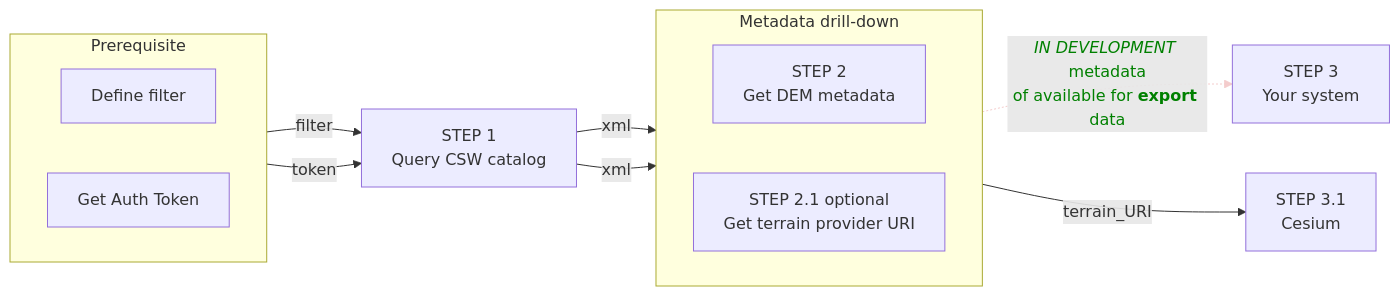
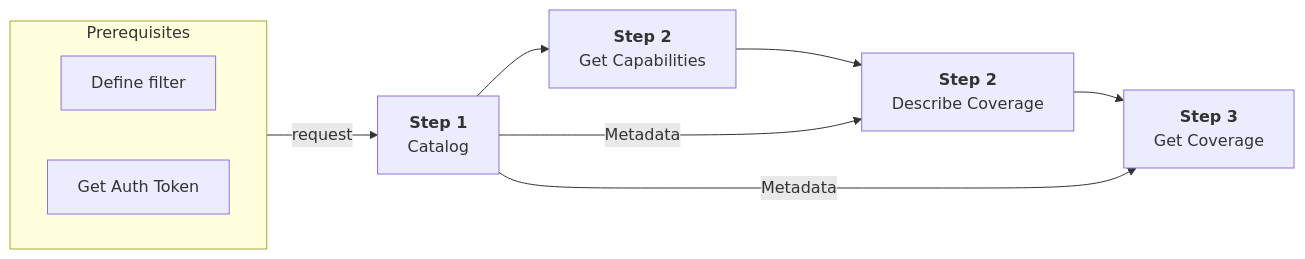
One commit to MapColonies/developer-portal changed the diagram in docs/MapColonies/DEM/Guides/height_extraction.md. Above: the diagram before and after it, drawn with Mermaid. The commit also changed other lines of this file and 1 other file, not shown here.

````diff
--- a/docs/MapColonies/DEM/Guides/height_extraction.md
+++ b/docs/MapColonies/DEM/Guides/height_extraction.md
@@ -32,22 +32,17 @@
 ```mermaid
 flowchart LR
-    subgraph  Prerequisite
+    subgraph sub1 [Prerequisites]
       direction LR
       a1[Define filter]
       a2[Get Auth Token]
     end
 
-    a1 -- filter --> B[STEP 1<br/> Query CSW catalog]
-    a2 -- token --> B
-    subgraph  Metadata drill-down
-      direction LR
-      c1[STEP 2<br/>Get DEM metadata]
-      c2[STEP 2.1 optional<br/>Get terrain provider URI]
-    end
-    B -- xml --> c1
-    B -- xml --> c2
-    c1 -. <i>IN DEVELOPMENT</i> <br/>metadata<br/>of available for <b>export</b> data .-> E[STEP 3<br/>Your system]
-    c2 -- terrain_URI --> D[STEP 3.1<br/>Cesium]
+    c[<b>Step 1</b><br/>Catalog] --> d
+    d[<b>Step 2</b><br/>Get Capabilities] --> e
+    e[<b>Step 2</b><br/>Describe Coverage] --> f
+    f[<b>Step 3</b><br/>Get Coverage]
 
-    linkStyle 4 color:green,stroke:#f4cccc,stroke-width:5px %% Arrow 
+    sub1 -- request --> c
+    c -- Metadata --> e
+    c -- Metadata --> f
 ```
````
